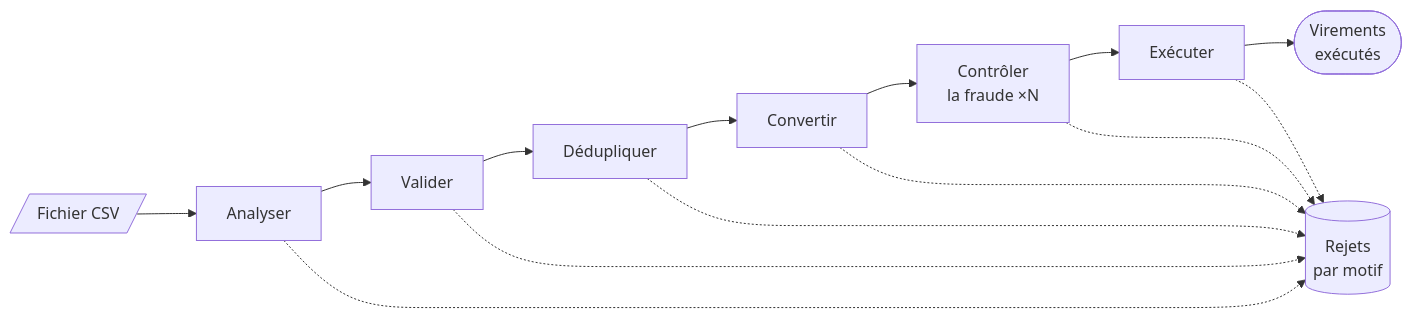
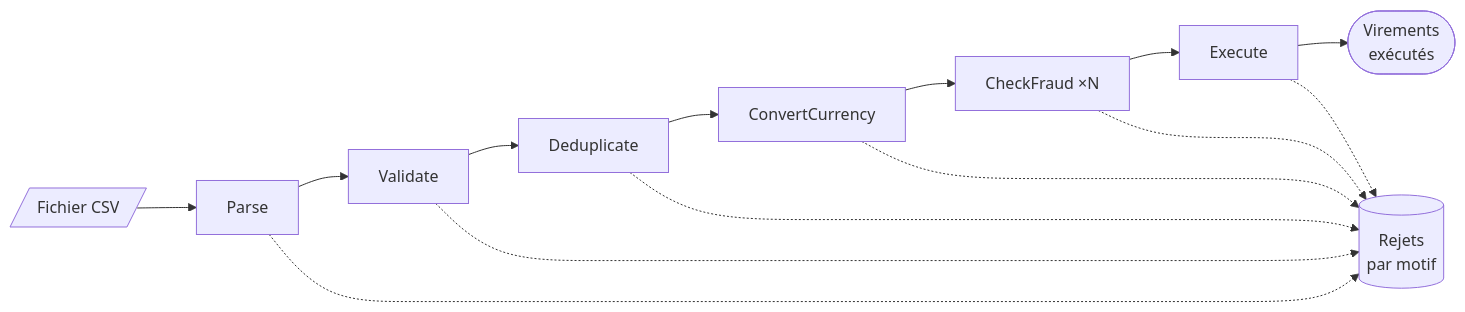
One commit to drangoht/ArchitecturesDemo changed the diagram in Docs/20-pipeline.md. Above: the diagram before and after it, drawn with Mermaid. The commit also changed other lines of this file and 70 other files, not shown here.

Commit message:
Docs FR : identifiants, liens, diagrammes et sorties alignés sur le code anglais

````diff
--- a/Docs/20-pipeline.md
+++ b/Docs/20-pipeline.md
@@ -18,10 +18,10 @@
 ```mermaid
 flowchart LR
-    F[/"Fichier CSV"/] --> A["Analyser"] --> V["Valider"] --> D["Dédupliquer"] --> C["Convertir"] --> FR["Contrôler<br/>la fraude ×N"] --> E["Exécuter"] --> S(["Virements<br/>exécutés"])
+    F[/"Fichier CSV"/] --> A["Parse"] --> V["Validate"] --> D["Deduplicate"] --> C["ConvertCurrency"] --> FR["CheckFraud ×N"] --> E["Execute"] --> S(["Virements<br/>exécutés"])
     A -.-> R[("Rejets<br/>par motif")]
     V -.-> R
     D -.-> R
     C -.-> R
     FR -.-> R
     E -.-> R
 ```
````
